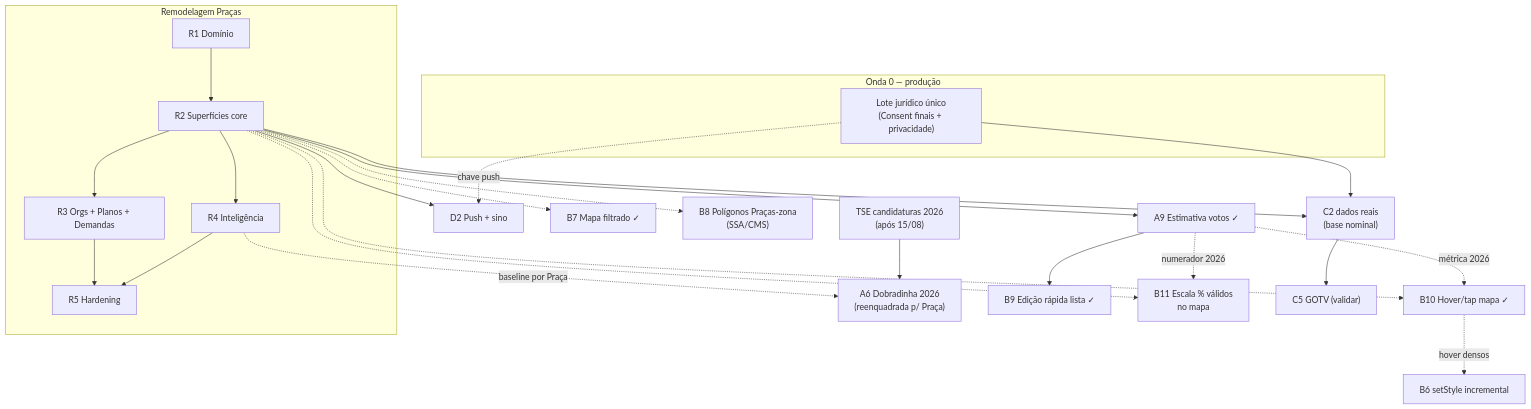
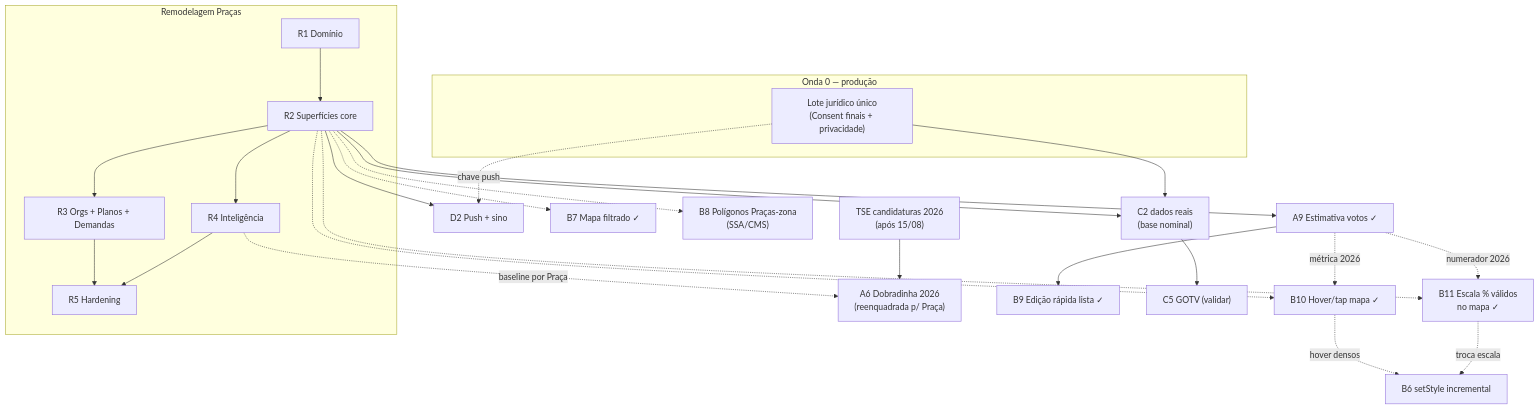
Before and after one commit to fsolla/teqo: the diagram in docs/roadmap.md, drawn with Mermaid. The commit also changed other lines of this file and 14 other files, not shown here.

````diff
--- a/docs/roadmap.md
+++ b/docs/roadmap.md
@@ -50,33 +50,34 @@
 ```mermaid
 flowchart TD
     subgraph Onda0["Onda 0 — produção"]
         JUR["Lote jurídico único<br/>(Consent finais + privacidade)"]
     end
 
     subgraph Remodel["Remodelagem Praças"]
         R1["R1 Domínio"]
         R2["R2 Superfícies core"]
         R3["R3 Orgs + Planos + Demandas"]
         R4["R4 Inteligência"]
         R5["R5 Hardening"]
     end
 
     R1 --> R2 --> R3 --> R5
     R2 --> R4 --> R5
     JUR --> C2prod["C2 dados reais<br/>(base nominal)"]
     R2 --> C2prod
     TSE2026["TSE candidaturas 2026<br/>(após 15/08)"] --> A6["A6 Dobradinha 2026<br/>(reenquadrada p/ Praça)"]
     R4 -.baseline por Praça.-> A6
     R2 --> D2["D2 Push + sino"]
     R2 --> A9["A9 Estimativa votos ✓"]
     A9 --> B9["B9 Edição rápida lista ✓"]
     R2 -.-> B7["B7 Mapa filtrado ✓"]
     R2 -.-> B8["B8 Polígonos Praças-zona<br/>(SSA/CMS)"]
     R2 -.-> B10["B10 Hover/tap mapa ✓"]
-    R2 -.-> B11["B11 Escala % válidos<br/>no mapa"]
+    R2 -.-> B11["B11 Escala % válidos<br/>no mapa ✓"]
     A9 -.métrica 2026.-> B10
     A9 -.numerador 2026.-> B11
     B10 -.hover densos.-> B6["B6 setStyle incremental"]
+    B11 -.troca escala.-> B6
     JUR -.chave push.-> D2
     C2prod --> C5["C5 GOTV (validar)"]
 ```
````
